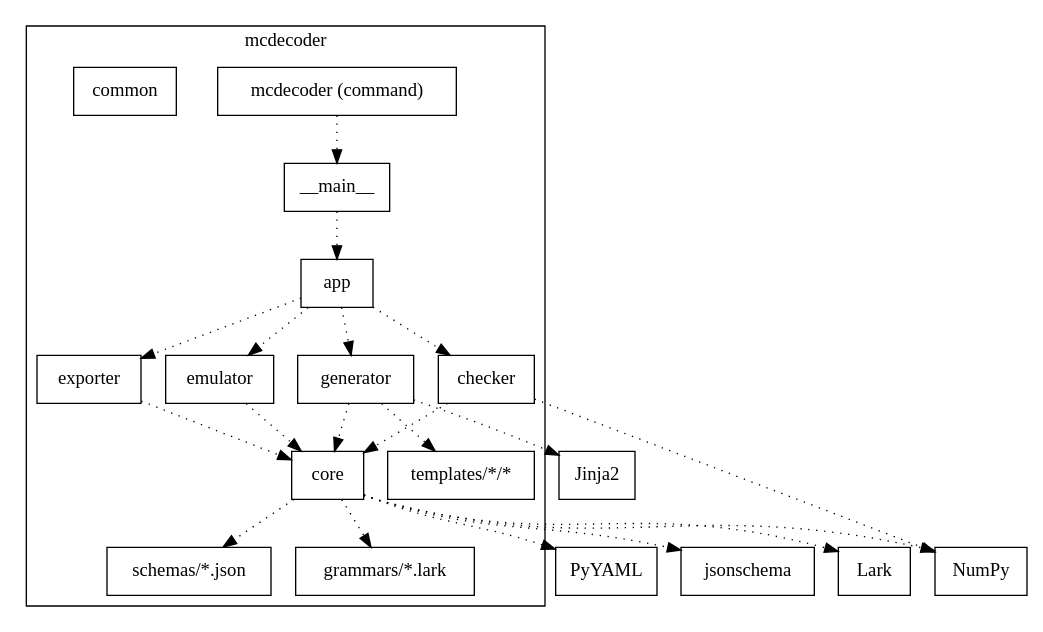
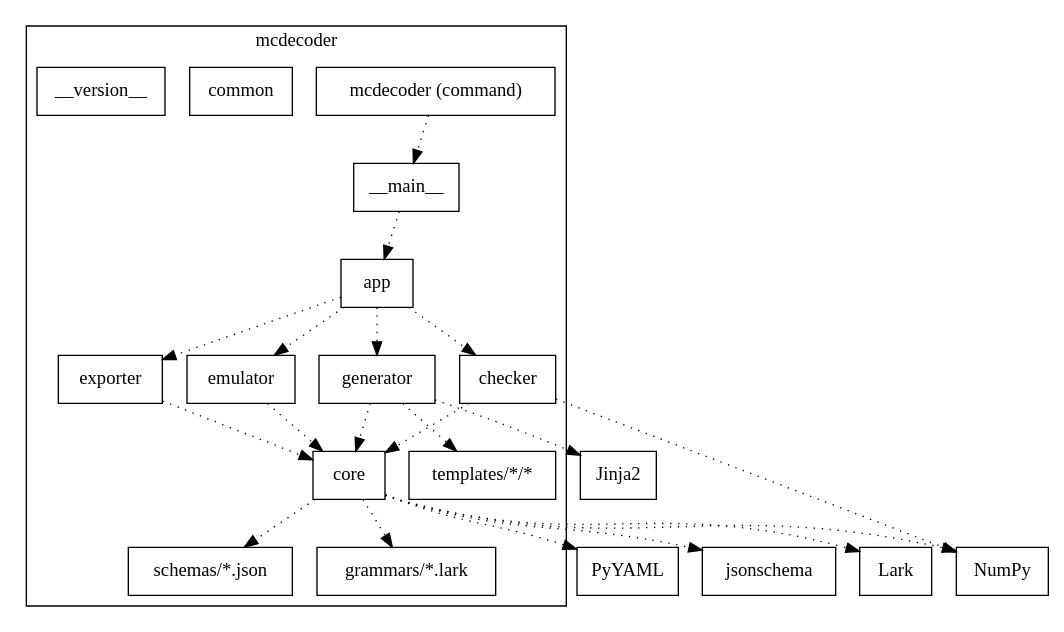
One commit to wildlarva/mcdecoder changed the first of 2 diagrams in src_docs/dev_design.rst. Above: the diagram before and after it, drawn with Graphviz. The commit also changed other lines of this file and 1 other file, not shown here.

Commit message:
Document __version__

```diff
--- a/src_docs/dev_design.rst
+++ b/src_docs/dev_design.rst
@@ -12,25 +12,26 @@
 .. digraph:: runtime
 
     node [shape=box]
     edge [style=dotted]
 
     subgraph cluster_mcdecoder {
         label = "mcdecoder"
 
         mcdecoder -> __main__ -> app -> {generator, exporter, emulator, checker} -> core
         generator -> templates
         core -> {schemas, grammars}
 
         mcdecoder [label = "mcdecoder (command)"]
         common
+        __version__
         templates [label = "templates/*/*"]
         schemas [label = "schemas/*.json"]
         grammars [label = "grammars/*.lark"]
     }
 
     generator -> Jinja2
     checker -> numpy
     core -> {PyYAML, jsonschema, lark, numpy}
 
     lark [label = "Lark"]
     numpy [label = "NumPy"]
```
